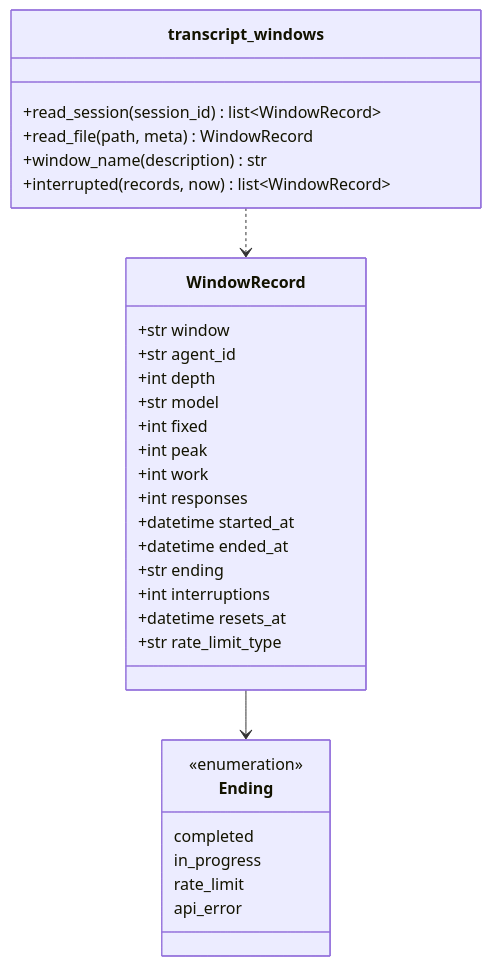
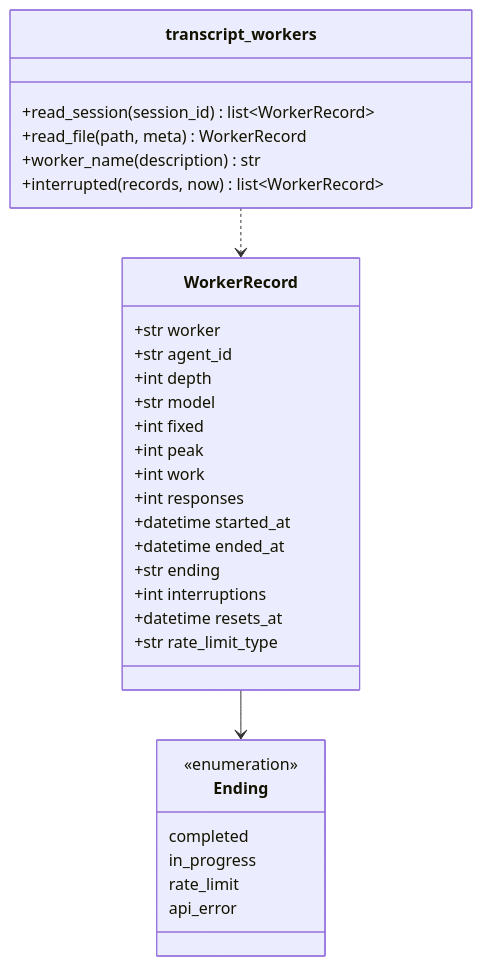
Before and after one commit to devbasex/ai-plugins: the fourth of 6 diagrams in issues/issue-550-657-design.md, drawn with Mermaid. The commit also changed other lines of this file and 2 other files, not shown here.

First line of the commit message:
Docs: 用語を supervisor / worker / context window にする（#550 #657）

````diff
--- a/issues/issue-550-657-design.md
+++ b/issues/issue-550-657-design.md
@@ -277,34 +293,34 @@
 ```mermaid
 classDiagram
-    class WindowRecord {
-        +str window
+    class WorkerRecord {
+        +str worker
         +str agent_id
         +int depth
         +str model
         +int fixed
         +int peak
         +int work
         +int responses
         +datetime started_at
         +datetime ended_at
         +str ending
         +int interruptions
         +datetime resets_at
         +str rate_limit_type
     }
     class Ending {
         <<enumeration>>
         completed
         in_progress
         rate_limit
         api_error
     }
-    class transcript_windows {
-        +read_session(session_id) list~WindowRecord~
-        +read_file(path, meta) WindowRecord
-        +window_name(description) str
-        +interrupted(records, now) list~WindowRecord~
+    class transcript_workers {
+        +read_session(session_id) list~WorkerRecord~
+        +read_file(path, meta) WorkerRecord
+        +worker_name(description) str
+        +interrupted(records, now) list~WorkerRecord~
     }
-    WindowRecord --> Ending
-    transcript_windows ..> WindowRecord
+    WorkerRecord --> Ending
+    transcript_workers ..> WorkerRecord
 ```
````
